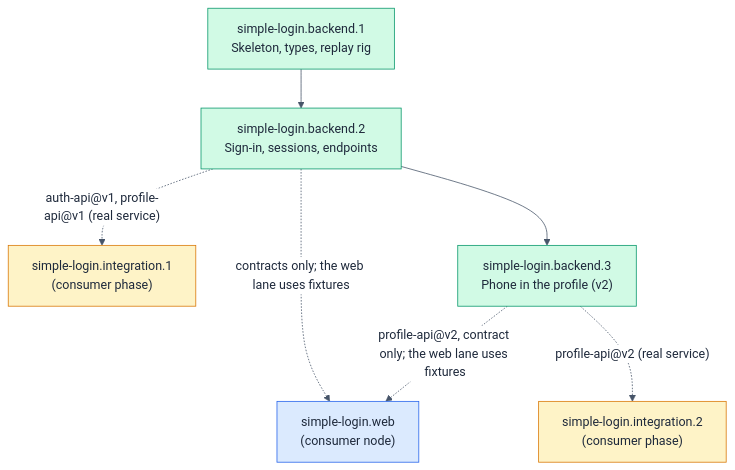
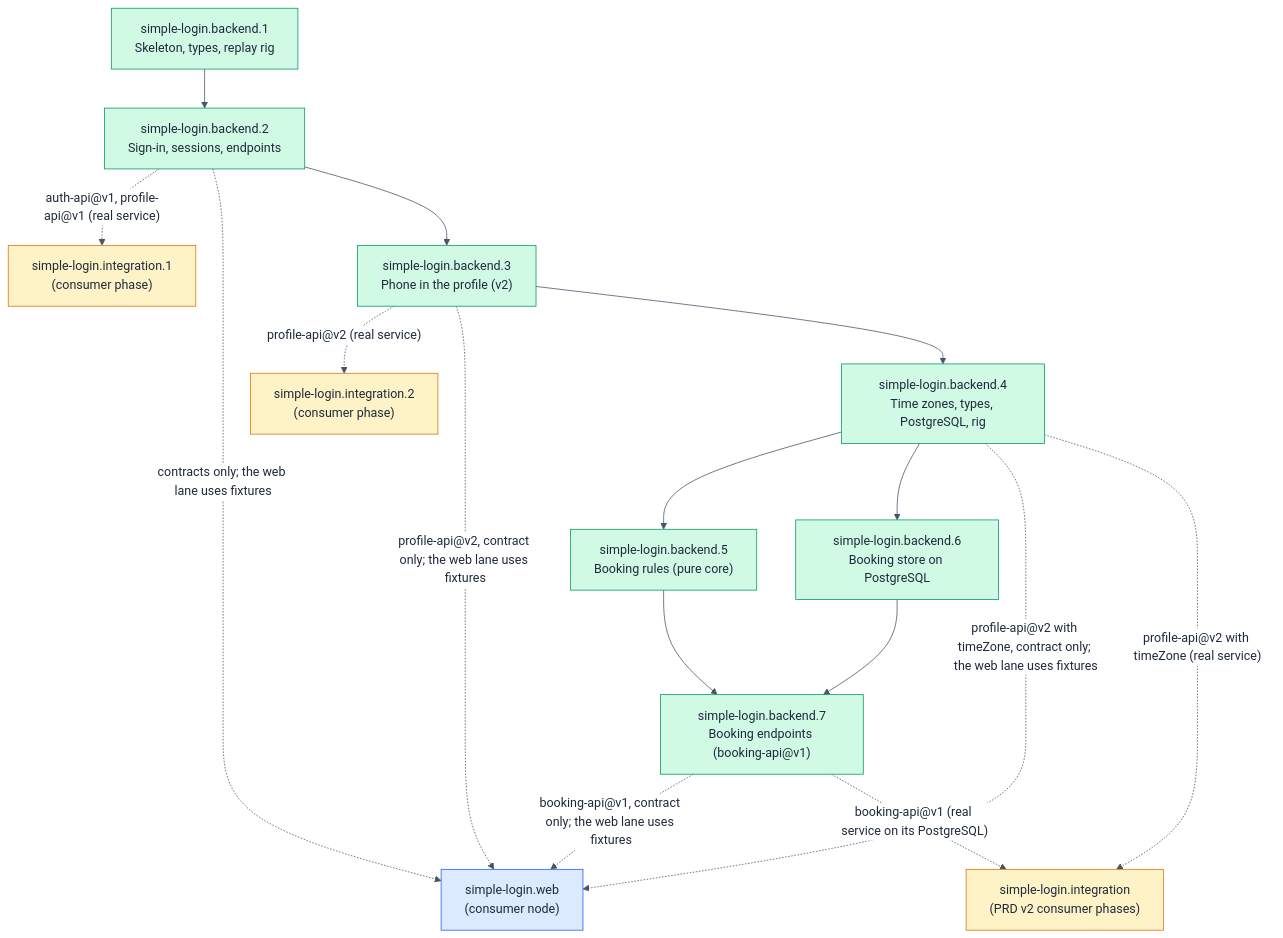
Before and after one commit to mpurbo/hsdd: the diagram in docs/tutorial/meeting-rooms/execute/hsdd/spec/simple-login.backend.md, drawn with Mermaid. The commit also changed other lines of this file and 10 other files, not shown here.

Commit message:
hsdd: S16 phase-plan-append simple-login.backend: DEC-149's why says the lock settled 90 rounds over three runs; it was 60

````diff
--- a/docs/tutorial/meeting-rooms/execute/hsdd/spec/simple-login.backend.md
+++ b/docs/tutorial/meeting-rooms/execute/hsdd/spec/simple-login.backend.md
@@ -127,24 +271,43 @@
 ```mermaid
 %%{init:{'theme':'base','themeVariables':{'primaryTextColor':'#1e293b','lineColor':'#475569','edgeLabelBackground':'#ffffff','tertiaryTextColor':'#1e293b'}}}%%
 flowchart TD
     B1["simple-login.backend.1<br/>Skeleton, types, replay rig"]
     B2["simple-login.backend.2<br/>Sign-in, sessions, endpoints"]
     W["simple-login.web<br/>(consumer node)"]
     I["simple-login.integration.1<br/>(consumer phase)"]
     B3["simple-login.backend.3<br/>Phone in the profile (v2)"]
     I2["simple-login.integration.2<br/>(consumer phase)"]
+    B4["simple-login.backend.4<br/>Time zones, types, PostgreSQL, rig"]
+    B5["simple-login.backend.5<br/>Booking rules (pure core)"]
+    B6["simple-login.backend.6<br/>Booking store on PostgreSQL"]
+    B7["simple-login.backend.7<br/>Booking endpoints (booking-api@v1)"]
+    I3["simple-login.integration<br/>(PRD v2 consumer phases)"]
 
     B1 --> B2
     B2 -. "auth-api@v1, profile-api@v1 (real service)" .-> I
     B2 -. "contracts only; the web lane uses fixtures" .-> W
     B2 --> B3
     B3 -. "profile-api@v2 (real service)" .-> I2
     B3 -. "profile-api@v2, contract only; the web lane uses fixtures" .-> W
+    B3 --> B4
+    B4 --> B5
+    B4 --> B6
+    B5 --> B7
+    B6 --> B7
+    B4 -. "profile-api@v2 with timeZone, contract only; the web lane uses fixtures" .-> W
+    B7 -. "booking-api@v1, contract only; the web lane uses fixtures" .-> W
+    B4 -. "profile-api@v2 with timeZone (real service)" .-> I3
+    B7 -. "booking-api@v1 (real service on its PostgreSQL)" .-> I3
 
     style B1 fill:#d1fae5,stroke:#059669,color:#1e293b
     style B2 fill:#d1fae5,stroke:#059669,color:#1e293b
     style W fill:#dbeafe,stroke:#2563eb,color:#1e293b
     style I fill:#fef3c7,stroke:#d97706,color:#1e293b
     style B3 fill:#d1fae5,stroke:#059669,color:#1e293b
     style I2 fill:#fef3c7,stroke:#d97706,color:#1e293b
+    style B4 fill:#d1fae5,stroke:#059669,color:#1e293b
+    style B5 fill:#d1fae5,stroke:#059669,color:#1e293b
+    style B6 fill:#d1fae5,stroke:#059669,color:#1e293b
+    style B7 fill:#d1fae5,stroke:#059669,color:#1e293b
+    style I3 fill:#fef3c7,stroke:#d97706,color:#1e293b
 ```
````
